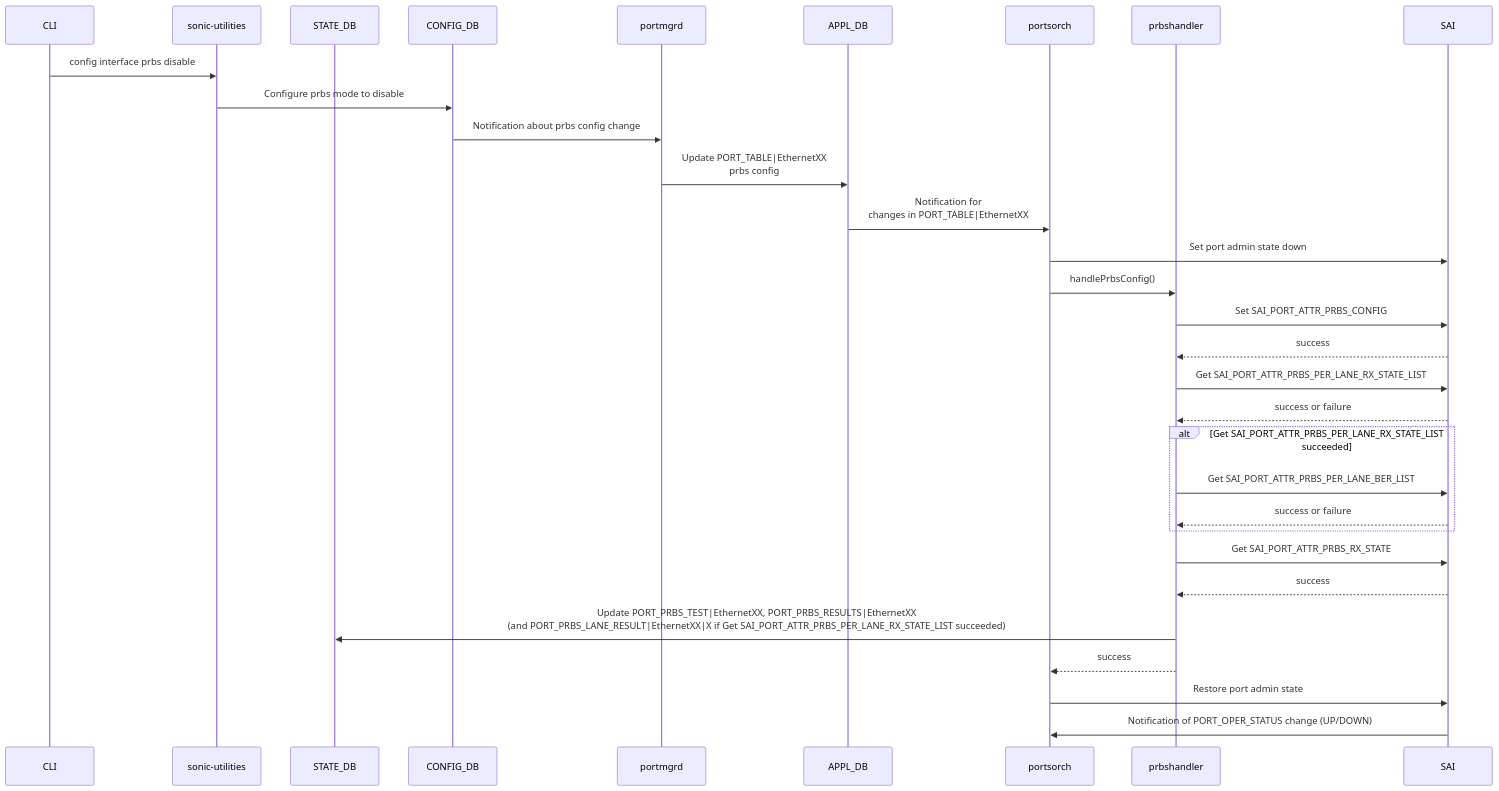
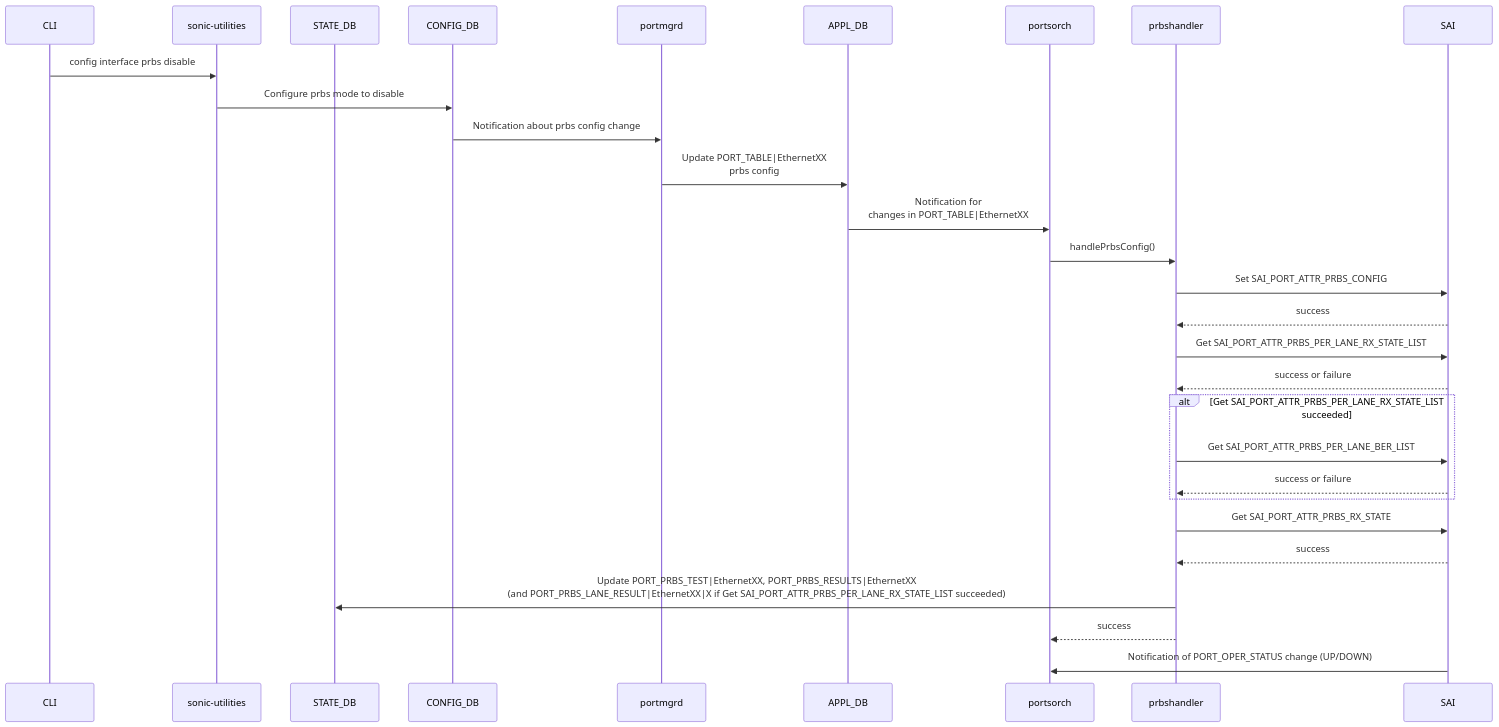
The fourth of 5 diagrams in doc/prbs/PRBS_Per_Lane_HLD.md (sonic-net/SONiC), drawn with Mermaid before and after one commit. The commit also changed other lines of this file, not shown here.

````diff
--- a/doc/prbs/PRBS_Per_Lane_HLD.md
+++ b/doc/prbs/PRBS_Per_Lane_HLD.md
@@ -468,38 +465,35 @@
 ```mermaid
 sequenceDiagram
     participant CLI
     participant sonic-utilities
     participant STATE_DB
     participant CONFIG_DB
     participant portmgrd
     participant APPL_DB
     participant portsorch
     participant prbshandler
 
     CLI->>sonic-utilities: config interface prbs disable
     sonic-utilities->>CONFIG_DB: Configure prbs mode to disable
 
     CONFIG_DB->>portmgrd: Notification about prbs config change
 
     portmgrd->>APPL_DB: Update PORT_TABLE|EthernetXX <br/> prbs config
     APPL_DB->>portsorch: Notification for <br/> changes in PORT_TABLE|EthernetXX
 
-    portsorch->>SAI: Set port admin state down
     portsorch->>prbshandler: handlePrbsConfig()
     prbshandler->>SAI: Set SAI_PORT_ATTR_PRBS_CONFIG
     SAI-->>prbshandler: success
     prbshandler->>SAI: Get SAI_PORT_ATTR_PRBS_PER_LANE_RX_STATE_LIST
     SAI-->>prbshandler: success or failure
     alt Get SAI_PORT_ATTR_PRBS_PER_LANE_RX_STATE_LIST succeeded
         prbshandler->>SAI: Get SAI_PORT_ATTR_PRBS_PER_LANE_BER_LIST
         SAI-->>prbshandler: success or failure
     end
     prbshandler->>SAI: Get SAI_PORT_ATTR_PRBS_RX_STATE
     SAI-->>prbshandler: success
     prbshandler->>STATE_DB: Update PORT_PRBS_TEST|EthernetXX, PORT_PRBS_RESULTS|EthernetXX <br/> (and PORT_PRBS_LANE_RESULT|EthernetXX|X if Get SAI_PORT_ATTR_PRBS_PER_LANE_RX_STATE_LIST succeeded)
     prbshandler-->>portsorch: success
 
-    portsorch->>SAI: Restore port admin state
-
     SAI->>portsorch: Notification of PORT_OPER_STATUS change (UP/DOWN)
 ```
````
